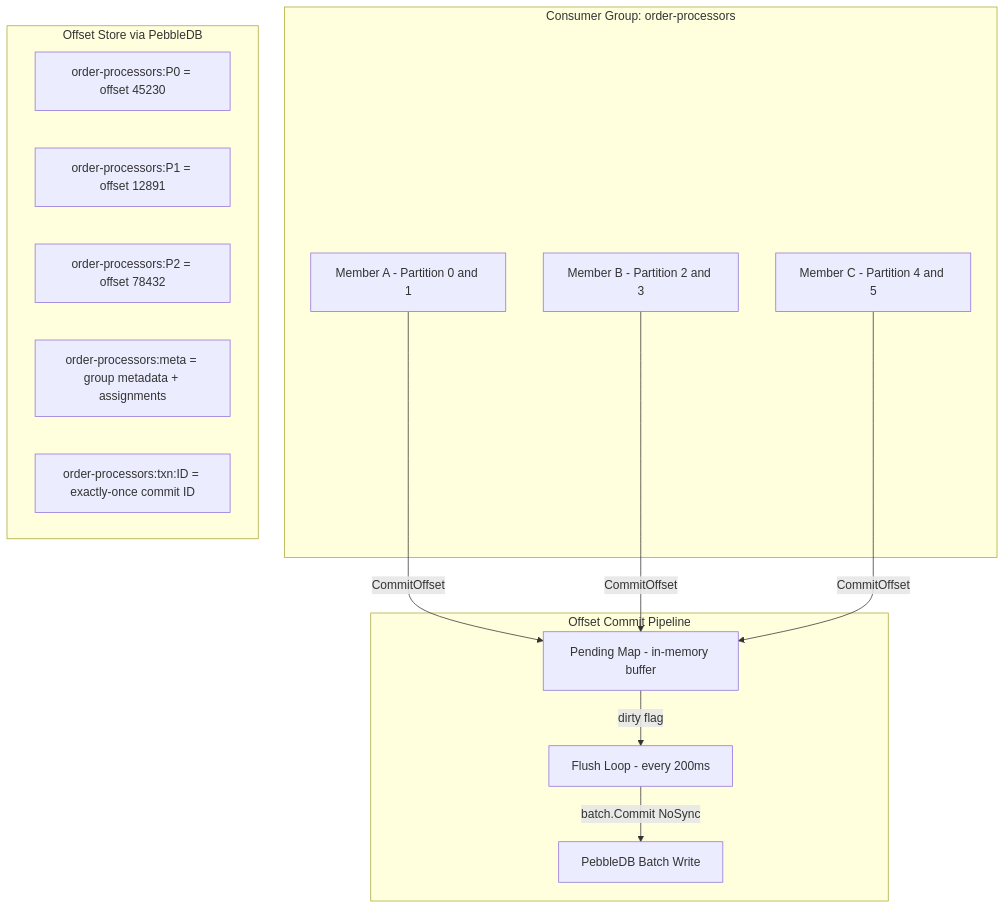
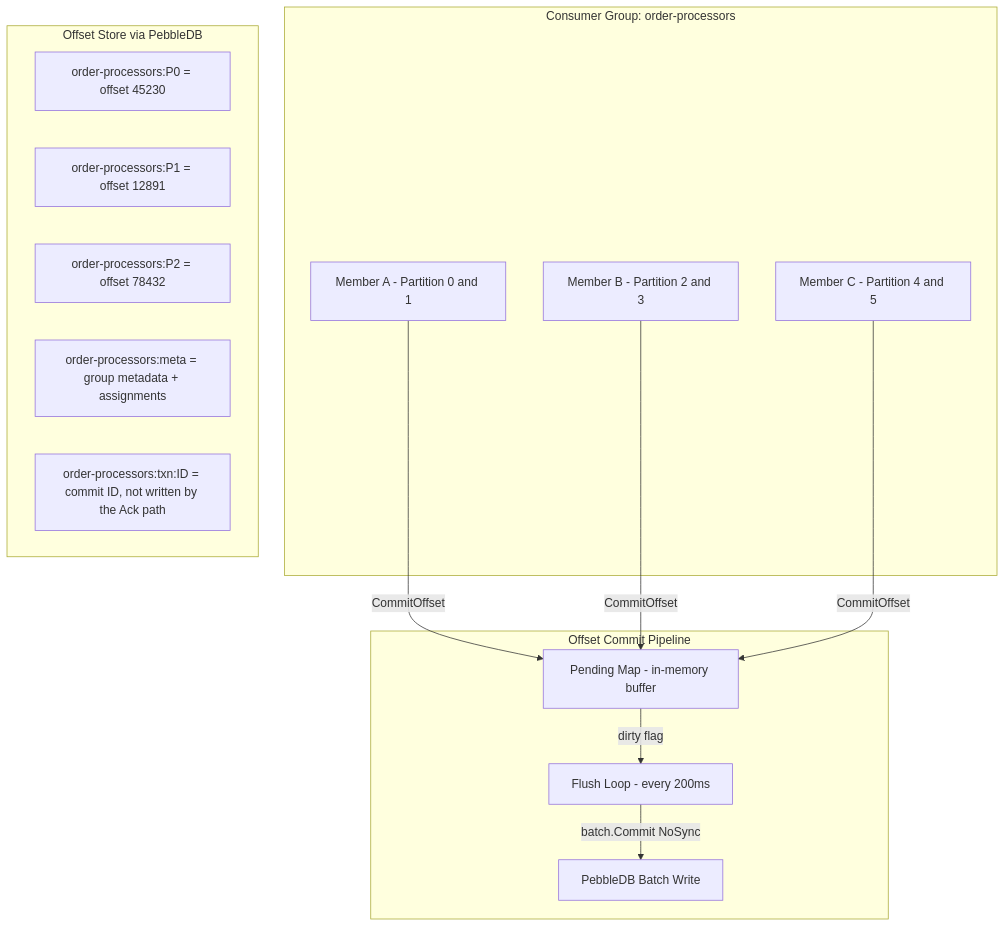
Before and after one commit to jatin711-debug/cronos_db_golang: diagram 27 of 47 in ARCHITECTURE.md, drawn with Mermaid. The commit also changed other lines of this file and 31 other files, not shown here.

````diff
--- a/ARCHITECTURE.md
+++ b/ARCHITECTURE.md
@@ -842,28 +897,28 @@
 ```mermaid
 graph TB
     subgraph Consumer Group: order-processors
         M1[Member A - Partition 0 and 1]
         M2[Member B - Partition 2 and 3]
         M3[Member C - Partition 4 and 5]
     end
 
     subgraph Offset Store via PebbleDB
         O1[order-processors:P0 = offset 45230]
         O2[order-processors:P1 = offset 12891]
         O3[order-processors:P2 = offset 78432]
         O4[order-processors:meta = group metadata + assignments]
-        O5[order-processors:txn:ID = exactly-once commit ID]
+        O5[order-processors:txn:ID = commit ID, not written by the Ack path]
     end
 
     subgraph Offset Commit Pipeline
         PEN[Pending Map - in-memory buffer]
         FL[Flush Loop - every 200ms]
         DB[PebbleDB Batch Write]
     end
 
     M1 -->|CommitOffset| PEN
     M2 -->|CommitOffset| PEN
     M3 -->|CommitOffset| PEN
     PEN -->|dirty flag| FL
     FL -->|batch.Commit NoSync| DB
 ```
````
